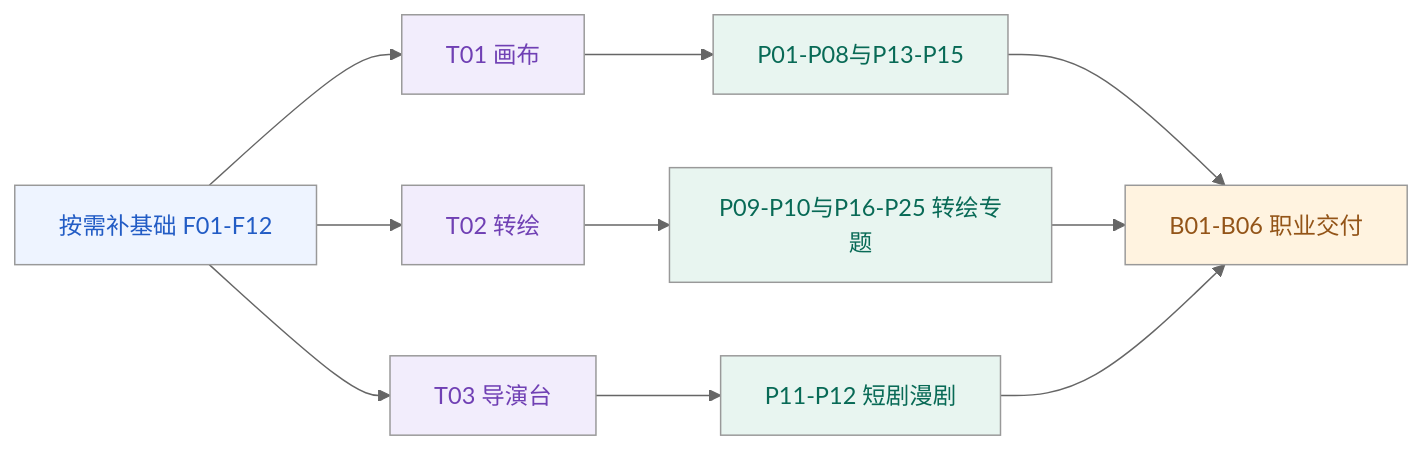
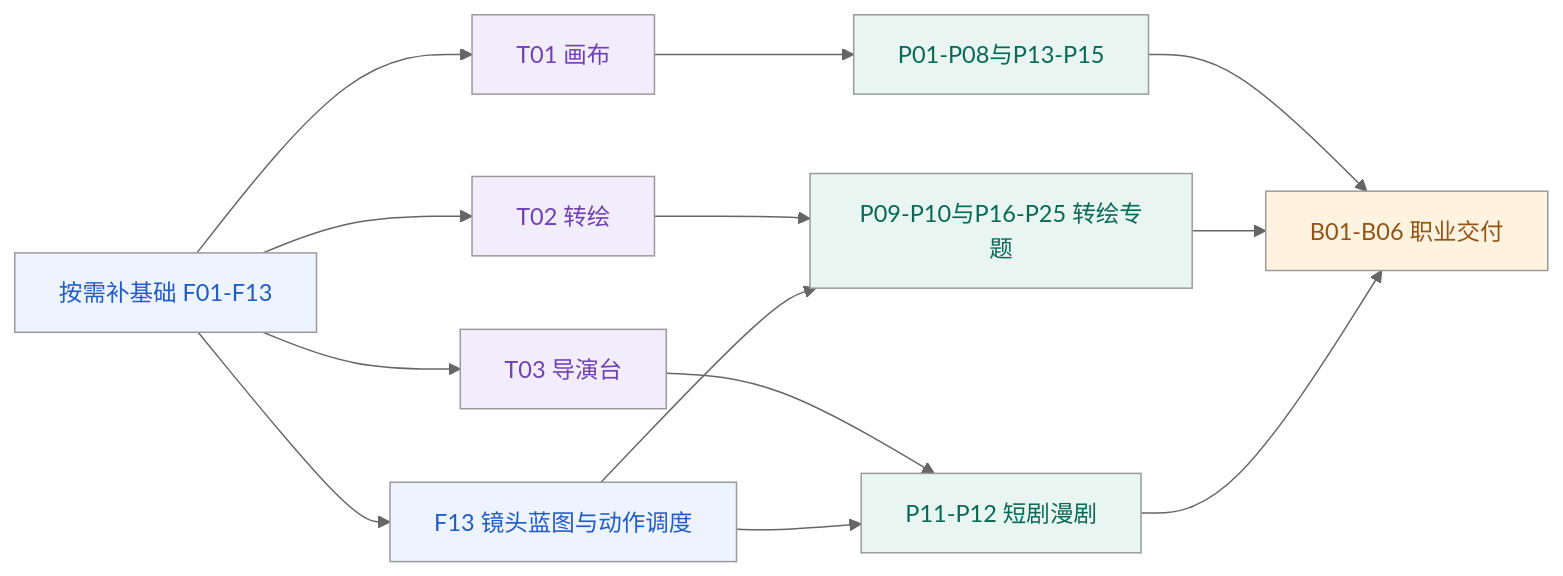
Before and after one commit to py198964/aigc-course-menu: the diagram in 课程逻辑图.mmd, drawn with Mermaid (neutral theme). The commit also changed 7 other files, not shown here.

```diff
--- a/课程逻辑图.mmd
+++ b/课程逻辑图.mmd
@@ -1,18 +1,21 @@
 flowchart LR
- F[按需补基础 F01-F12] --> T1[T01 画布]
+ F[按需补基础 F01-F13] --> T1[T01 画布]
  F --> T2[T02 转绘]
  F --> T3[T03 导演台]
  T1 --> P1[P01-P08与P13-P15]
  T2 --> P2[P09-P10与P16-P25 转绘专题]
  T3 --> P3[P11-P12 短剧漫剧]
  P1 --> B[B01-B06 职业交付]
  P2 --> B
  P3 --> B
+ F --> M[F13 镜头蓝图与动作调度]
+ M --> P2
+ M --> P3
  classDef foundation fill:#eef4ff,color:#225cc5;
  classDef tool fill:#f2edfc,color:#7040b4;
  classDef practice fill:#e8f5f0,color:#086a56;
  classDef business fill:#fff3e0,color:#935418;
- class F foundation;
+ class F,M foundation;
  class T1,T2,T3 tool;
  class P1,P2,P3 practice;
  class B business;
```
